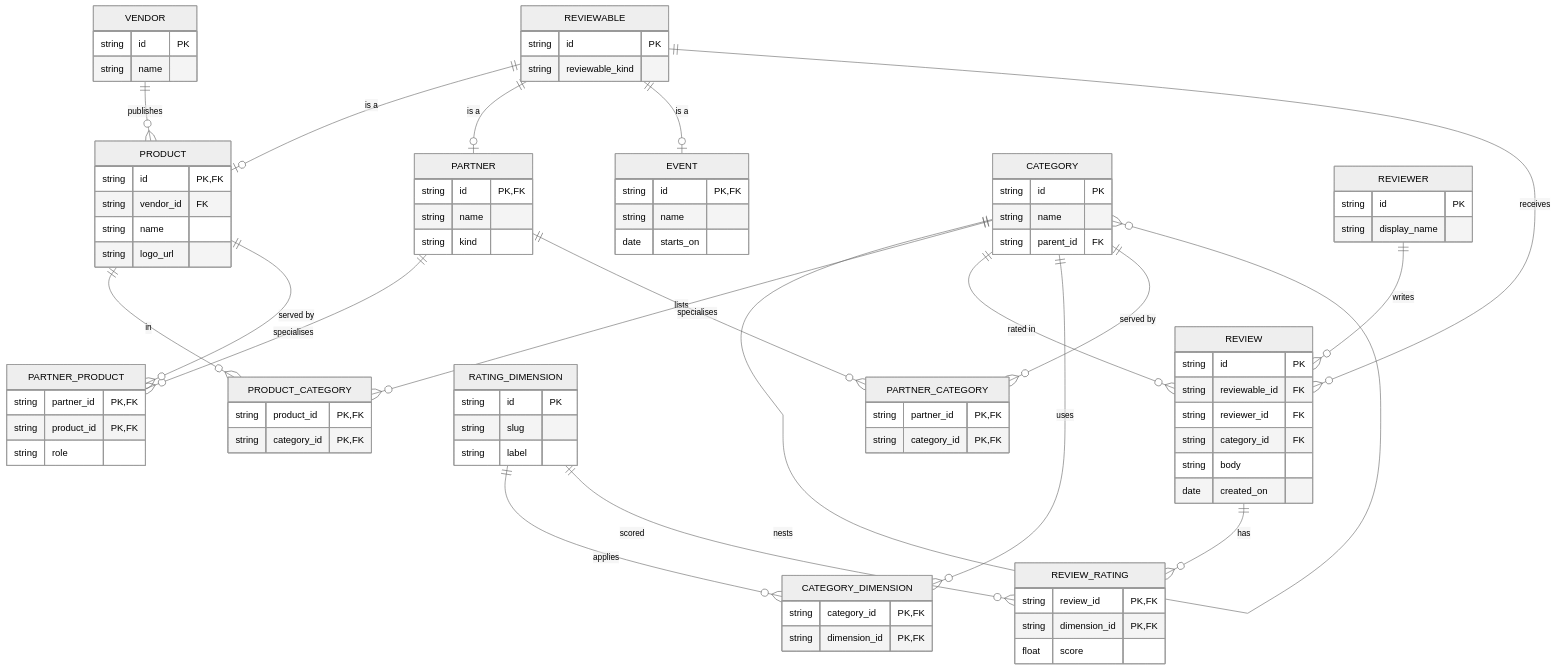
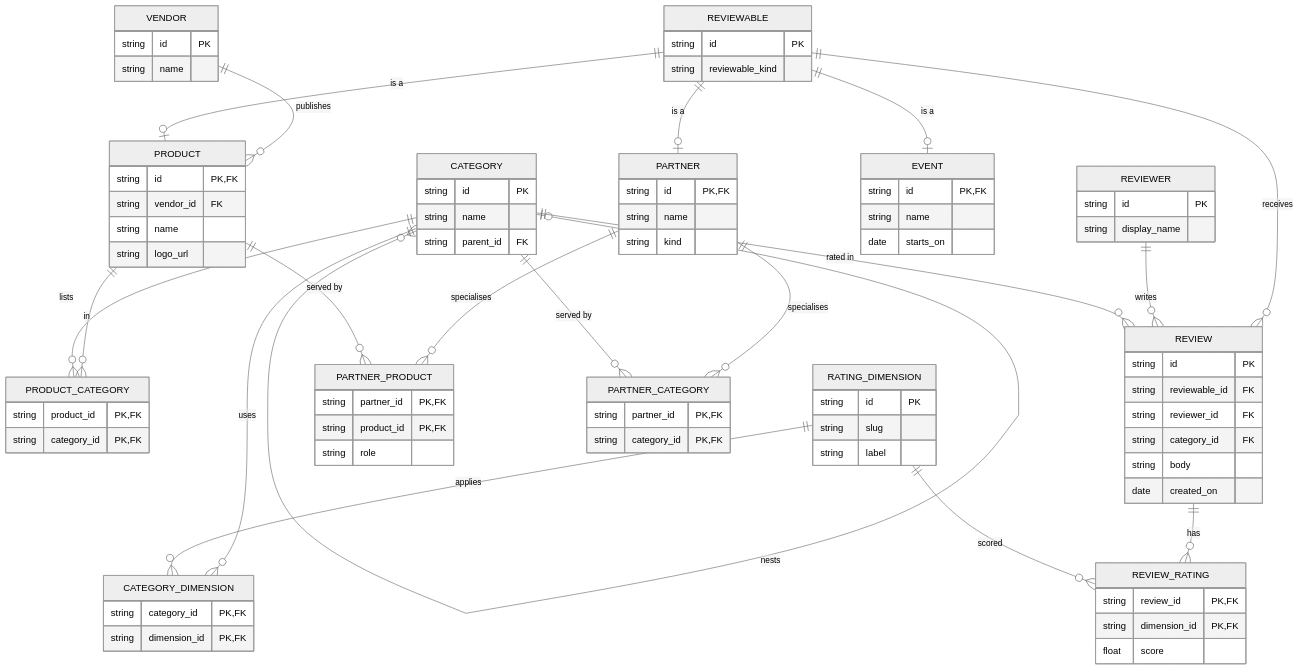
The diagram in docs/part-1-data-model.md (shuweiHong/omr-reviews-compare), drawn with Mermaid (neutral theme) before and after one commit. The commit also changed other lines of this file, not shown here.

Commit message:
Allow a category to have no parent.

````diff
--- a/docs/part-1-data-model.md
+++ b/docs/part-1-data-model.md
@@ -5,10 +5,12 @@
 ```mermaid
 erDiagram
+    direction TB
+
+    CATEGORY |o--o{ CATEGORY : nests
     VENDOR ||--o{ PRODUCT : publishes
     REVIEWABLE ||--o| PRODUCT : "is a"
     REVIEWABLE ||--o| PARTNER : "is a"
     REVIEWABLE ||--o| EVENT : "is a"
-    CATEGORY ||--o{ CATEGORY : nests
     PRODUCT ||--o{ PRODUCT_CATEGORY : "in"
     CATEGORY ||--o{ PRODUCT_CATEGORY : lists
     REVIEWABLE ||--o{ REVIEW : receives
````
